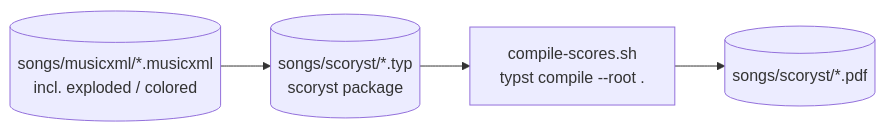
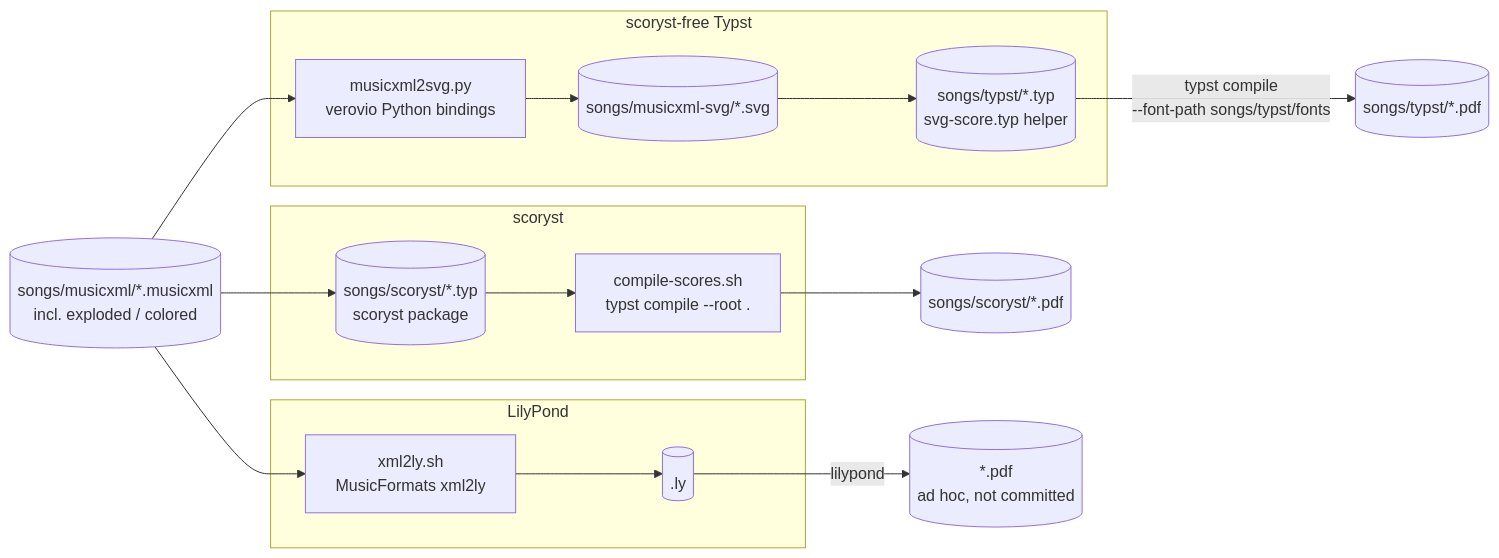
Before and after one commit to pancakescrawlspace/kerkmuziek: the second of 3 diagrams in PIPELINE.md, drawn with Mermaid. The commit also changed other lines of this file and 4 other files, not shown here.

````diff
--- a/PIPELINE.md
+++ b/PIPELINE.md
@@ -39,9 +43,23 @@
 ```mermaid
 flowchart LR
     MXML[("songs/musicxml/*.musicxml<br/>incl. exploded / colored")]
-    TYP[("songs/scoryst/*.typ<br/>scoryst package")]
-    CS["compile-scores.sh<br/>typst compile --root ."]
-    PDF[("songs/scoryst/*.pdf")]
 
-    MXML --> TYP --> CS --> PDF
+    subgraph scoryst ["scoryst"]
+        TYP[("songs/scoryst/*.typ<br/>scoryst package")]
+        CS["compile-scores.sh<br/>typst compile --root ."]
+    end
+    MXML --> TYP --> CS --> PDF1[("songs/scoryst/*.pdf")]
+
+    subgraph typst_direct ["scoryst-free Typst"]
+        SVG2["musicxml2svg.py<br/>verovio Python bindings"]
+        SVGS[("songs/musicxml-svg/*.svg")]
+        TYP2[("songs/typst/*.typ<br/>svg-score.typ helper")]
+    end
+    MXML --> SVG2 --> SVGS --> TYP2 -- "typst compile<br/>--font-path songs/typst/fonts" --> PDF2[("songs/typst/*.pdf")]
+
+    subgraph lilypond ["LilyPond"]
+        X2LY["xml2ly.sh<br/>MusicFormats xml2ly"]
+        LY[(".ly")]
+    end
+    MXML --> X2LY --> LY -- "lilypond" --> PDF3[("*.pdf<br/>ad hoc, not committed")]
 ```
````
